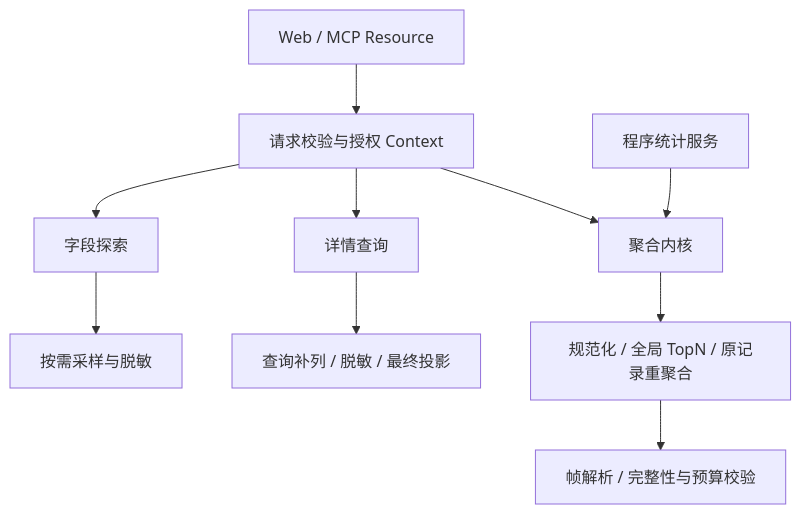
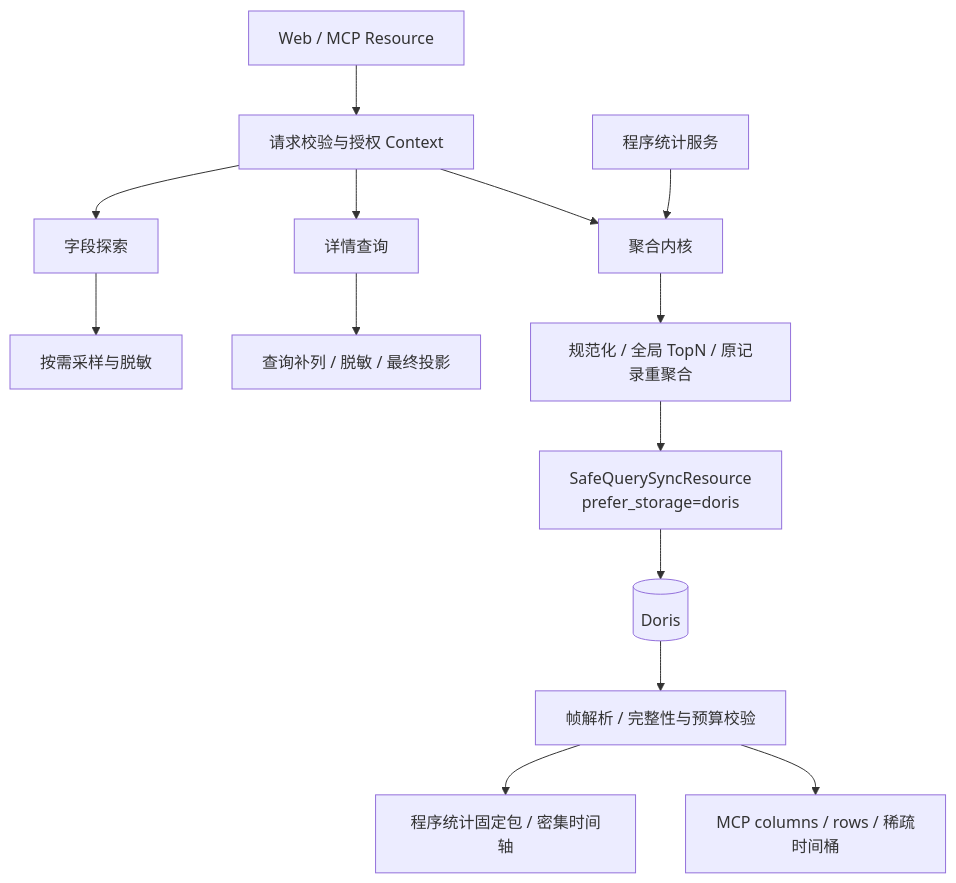
The diagram in src/backend/services/web/query/ai_assistant/log_tools/README.md (TencentBlueKing/bk-audit), drawn with Mermaid before and after one commit. The commit also changed other lines of this file and 3 other files, not shown here.

````diff
--- a/src/backend/services/web/query/ai_assistant/log_tools/README.md
+++ b/src/backend/services/web/query/ai_assistant/log_tools/README.md
@@ -19,12 +19,16 @@
 ```mermaid
 flowchart TD
     Web[Web / MCP Resource] --> Context[请求校验与授权 Context]
     Context --> Metadata[字段探索]
     Context --> Detail[详情查询]
     Context --> Aggregate[聚合内核]
     Program[程序统计服务] --> Aggregate
     Metadata --> Sample[按需采样与脱敏]
     Detail --> Project[查询补列 / 脱敏 / 最终投影]
     Aggregate --> SQL[规范化 / 全局 TopN / 原记录重聚合]
-    SQL --> Result[帧解析 / 完整性与预算校验]
+    SQL --> BKBase[SafeQuerySyncResource<br/>prefer_storage=doris]
+    BKBase --> Doris[(Doris)]
+    Doris --> Result[帧解析 / 完整性与预算校验]
+    Result --> Fixed[程序统计固定包 / 密集时间轴]
+    Result --> Compact[MCP columns / rows / 稀疏时间桶]
 ```
````
